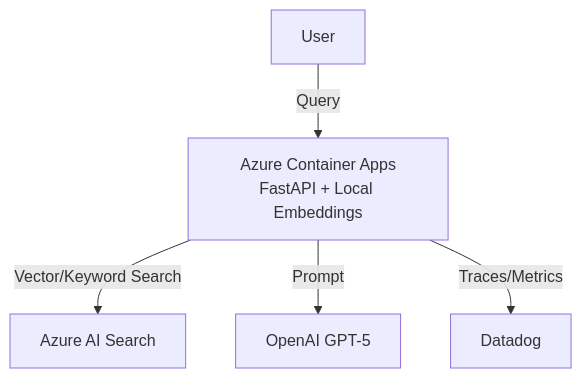
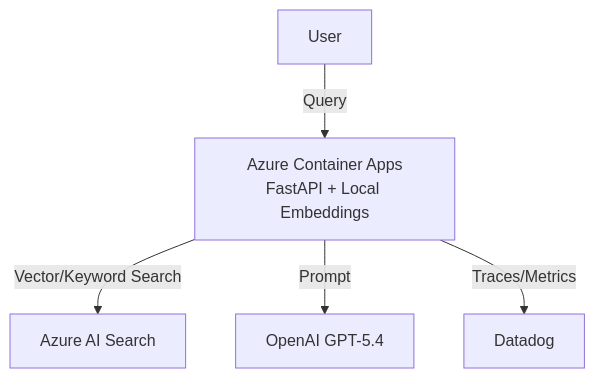
One commit to workHMZ/aca-ghcr-cicd-lab changed the diagram in README.md. Above: the diagram before and after it, drawn with Mermaid. The commit also changed other lines of this file and 3 other files, not shown here.

````diff
--- a/README.md
+++ b/README.md
@@ -47,7 +50,7 @@
 ```mermaid
 graph TD
     User -->|Query| ACA[Azure Container Apps<br>FastAPI + Local Embeddings]
     ACA -->|Vector/Keyword Search| Search[Azure AI Search]
-    ACA -->|Prompt| LLM[OpenAI GPT-5]
+    ACA -->|Prompt| LLM[OpenAI GPT-5.4]
     ACA -->|Traces/Metrics| DD[Datadog]
 ```
````
